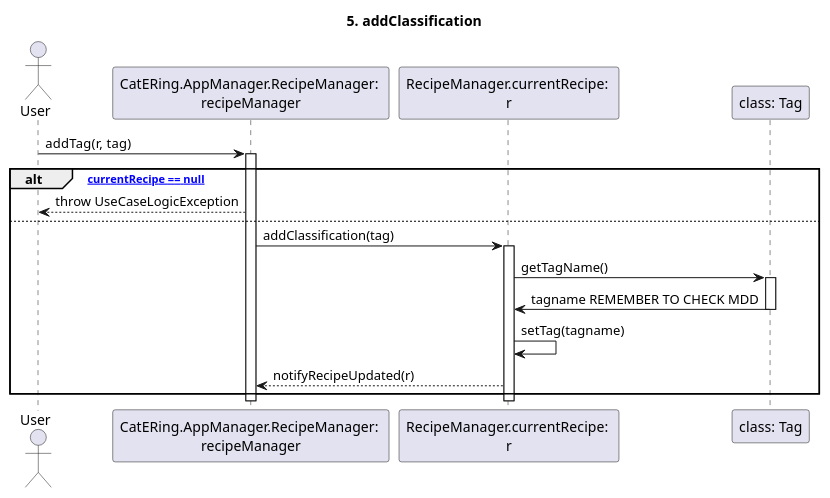
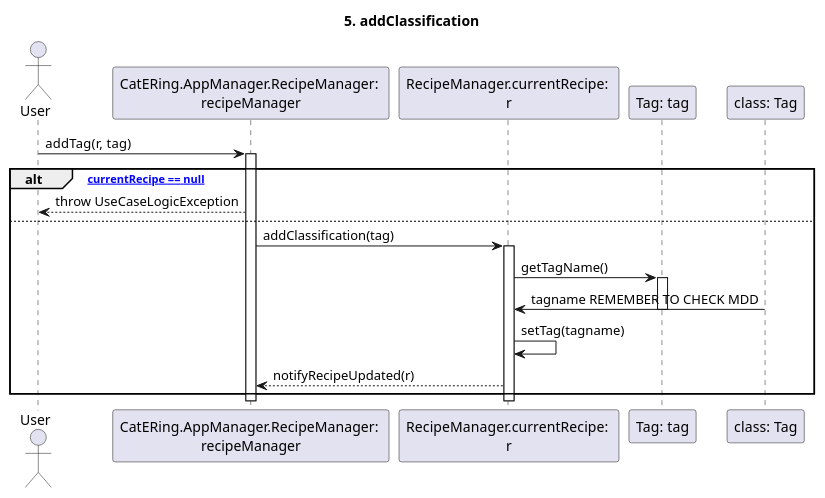
One commit to m0canu1/sas changed the diagram in dsd/dsd-ricette/4-tagging.md. Above: the diagram before and after it, drawn with PlantUML. The commit also changed 8 other files, not shown here.

````diff
--- a/dsd/dsd-ricette/4-tagging.md
+++ b/dsd/dsd-ricette/4-tagging.md
@@ -1,29 +1,29 @@
 ```plantuml
 
 title: 5. addClassification
 
 Actor User
 Participant "CatERing.AppManager.RecipeManager: \nrecipeManager" as RM
 Participant "RecipeManager.currentRecipe: \nr" as CR
 
 User -> RM: addTag(r, tag)
 Activate RM
 
 alt ["currentRecipe == null"]
 	RM --> User: throw UseCaseLogicException
 else
 	RM -> CR: addClassification(tag)
 	Activate CR
 
-	CR -> "class: Tag": getTagName()
-	Activate "class: Tag"
+	CR -> "Tag: tag": getTagName()
+	Activate "Tag: tag"
 	"class: Tag" -> CR: tagname REMEMBER TO CHECK MDD
-	Deactivate "class: Tag"
+	Deactivate "Tag: tag"
 	CR -> CR: setTag(tagname)
 	CR --> RM: notifyRecipeUpdated(r)
 end
 Deactivate CR
 Deactivate RM
 
 
 ```
````
